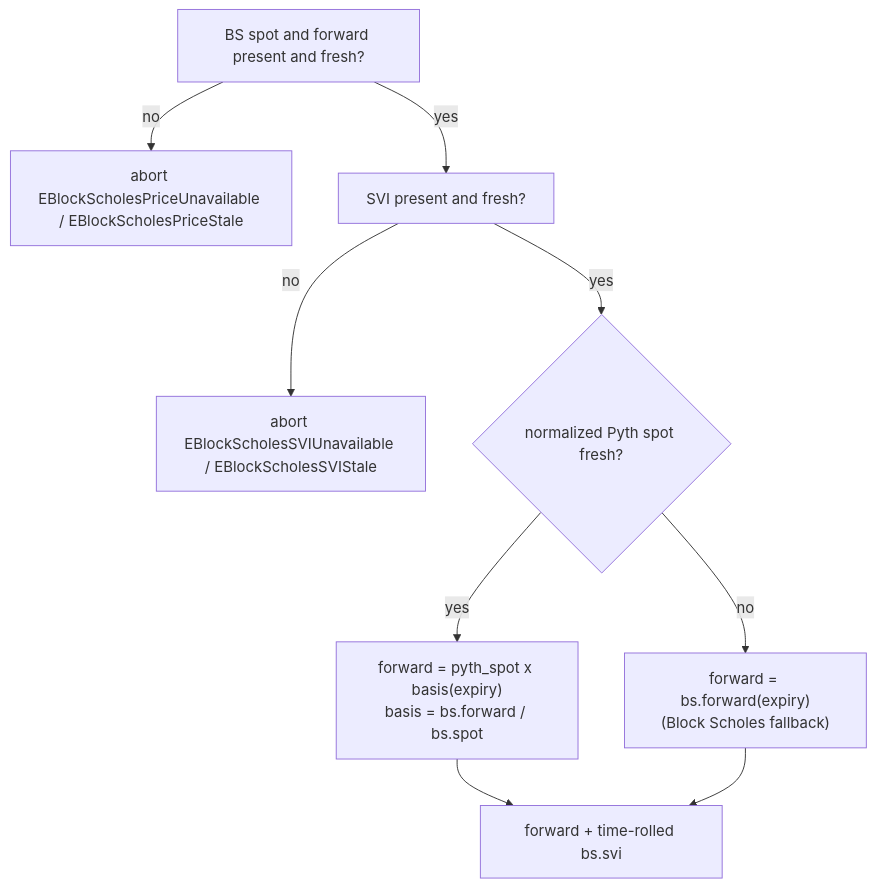
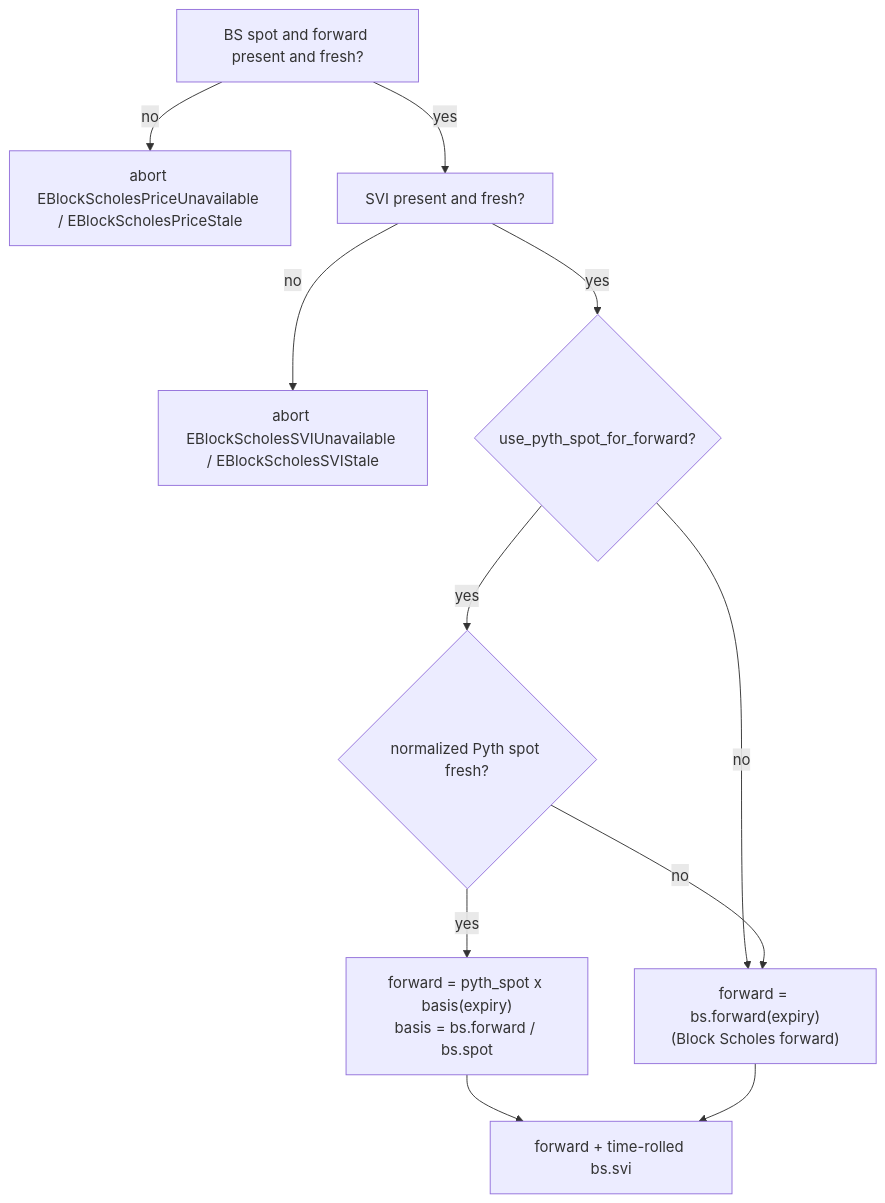
The diagram in packages/predict/docs/concepts/pricing-and-oracles.md (MystenLabs/deepbookv3), drawn with Mermaid before and after one commit. The commit also changed other lines of this file and 13 other files, not shown here.

````diff
--- a/packages/predict/docs/concepts/pricing-and-oracles.md
+++ b/packages/predict/docs/concepts/pricing-and-oracles.md
@@ -106,11 +106,13 @@
 ```mermaid
 flowchart TD
     A[BS spot and forward present and fresh?] -- no --> X[abort EBlockScholesPriceUnavailable / EBlockScholesPriceStale]
     A -- yes --> S[SVI present and fresh?]
     S -- no --> Y[abort EBlockScholesSVIUnavailable / EBlockScholesSVIStale]
-    S -- yes --> B{normalized Pyth spot fresh?}
+    S -- yes --> P{use_pyth_spot_for_forward?}
+    P -- no --> D
+    P -- yes --> B{normalized Pyth spot fresh?}
     B -- yes --> C["forward = pyth_spot x basis(expiry)<br/>basis = bs.forward / bs.spot"]
-    B -- no --> D["forward = bs.forward(expiry)<br/>(Block Scholes fallback)"]
+    B -- no --> D["forward = bs.forward(expiry)<br/>(Block Scholes forward)"]
     C --> E[forward + time-rolled bs.svi]
     D --> E
 ```
````
